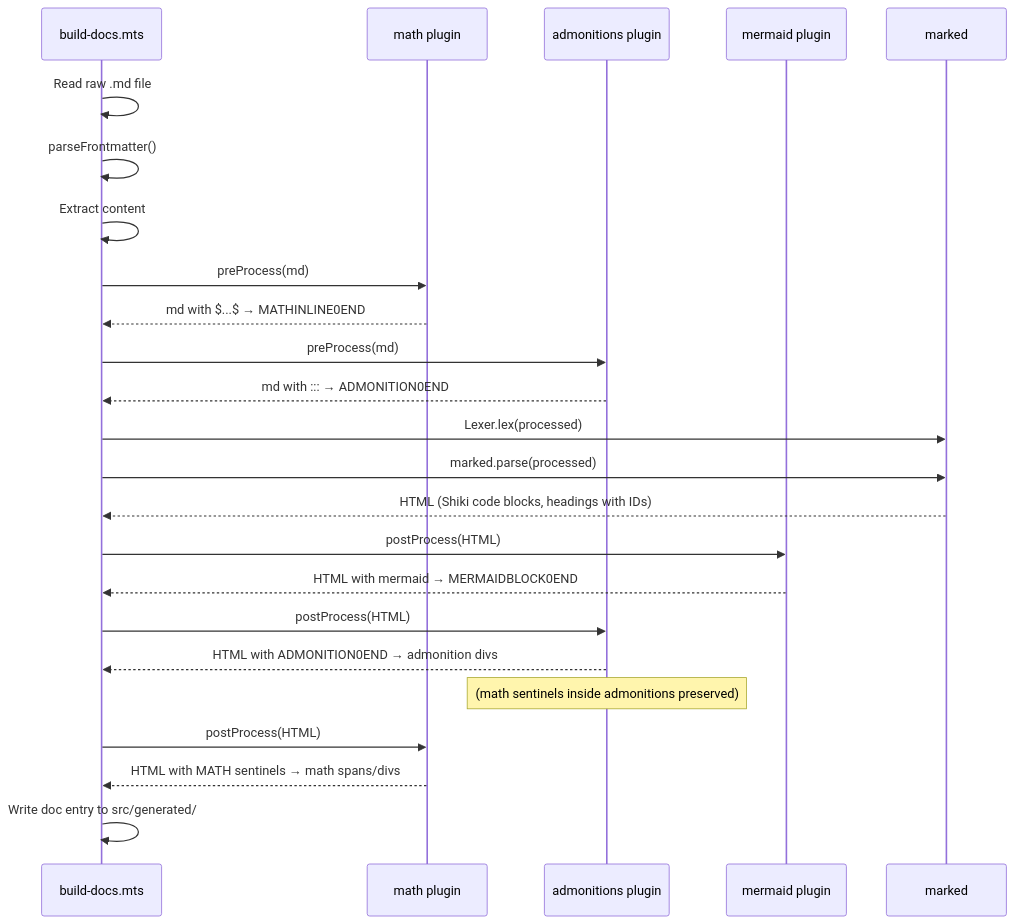
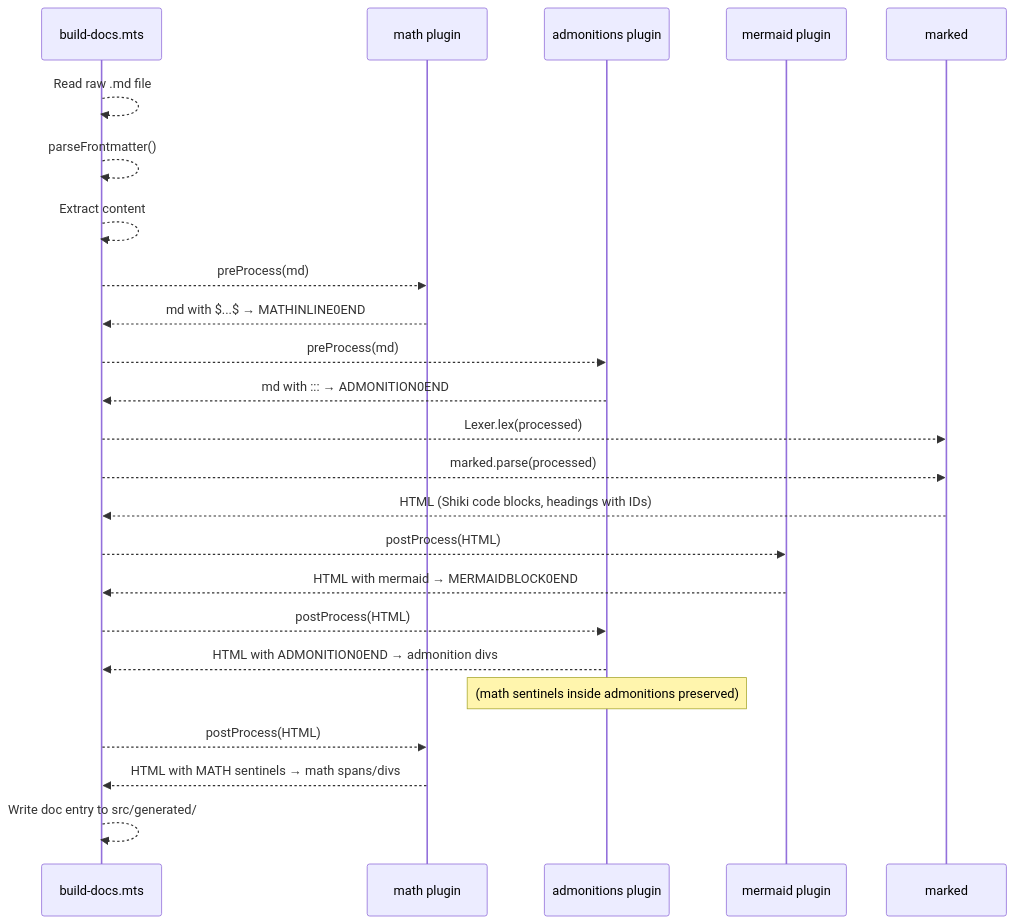
The second of 2 diagrams in docs/02-architecture/04-markdown-engine.md (naranyala/naravisuals-web), drawn with Mermaid before and after one commit. The commit also changed other lines of this file and 45 other files, not shown here.

````diff
--- a/docs/02-architecture/04-markdown-engine.md
+++ b/docs/02-architecture/04-markdown-engine.md
@@ -465,34 +465,34 @@
 ```mermaid:desc=Sequence diagram showing complete plugin execution flow
 sequenceDiagram
     participant Build as build-docs.mts
     participant Math as math plugin
     participant Adm as admonitions plugin
     participant Mer as mermaid plugin
     participant Marked as marked
 
-    Build->>Build: Read raw .md file
-    Build->>Build: parseFrontmatter()
-    Build->>Build: Extract content
+    Build-->>Build: Read raw .md file
+    Build-->>Build: parseFrontmatter()
+    Build-->>Build: Extract content
 
-    Build->>Math: preProcess(md)
+    Build-->>Math: preProcess(md)
     Math-->>Build: md with $...$ → MATHINLINE0END
 
-    Build->>Adm: preProcess(md)
+    Build-->>Adm: preProcess(md)
     Adm-->>Build: md with ::: → ADMONITION0END
 
-    Build->>Marked: Lexer.lex(processed)
-    Build->>Marked: marked.parse(processed)
+    Build-->>Marked: Lexer.lex(processed)
+    Build-->>Marked: marked.parse(processed)
     Marked-->>Build: HTML (Shiki code blocks, headings with IDs)
 
-    Build->>Mer: postProcess(HTML)
+    Build-->>Mer: postProcess(HTML)
     Mer-->>Build: HTML with mermaid → MERMAIDBLOCK0END
 
-    Build->>Adm: postProcess(HTML)
+    Build-->>Adm: postProcess(HTML)
     Adm-->>Build: HTML with ADMONITION0END → admonition divs
     Note over Adm: (math sentinels inside admonitions preserved)
 
-    Build->>Math: postProcess(HTML)
+    Build-->>Math: postProcess(HTML)
     Math-->>Build: HTML with MATH sentinels → math spans/divs
 
-    Build->>Build: Write doc entry to src/generated/
+    Build-->>Build: Write doc entry to src/generated/
 ```
````
